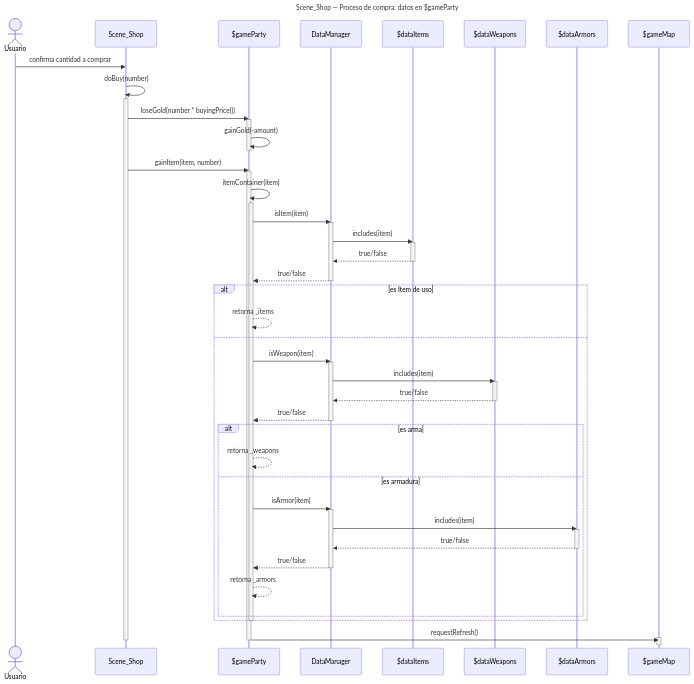
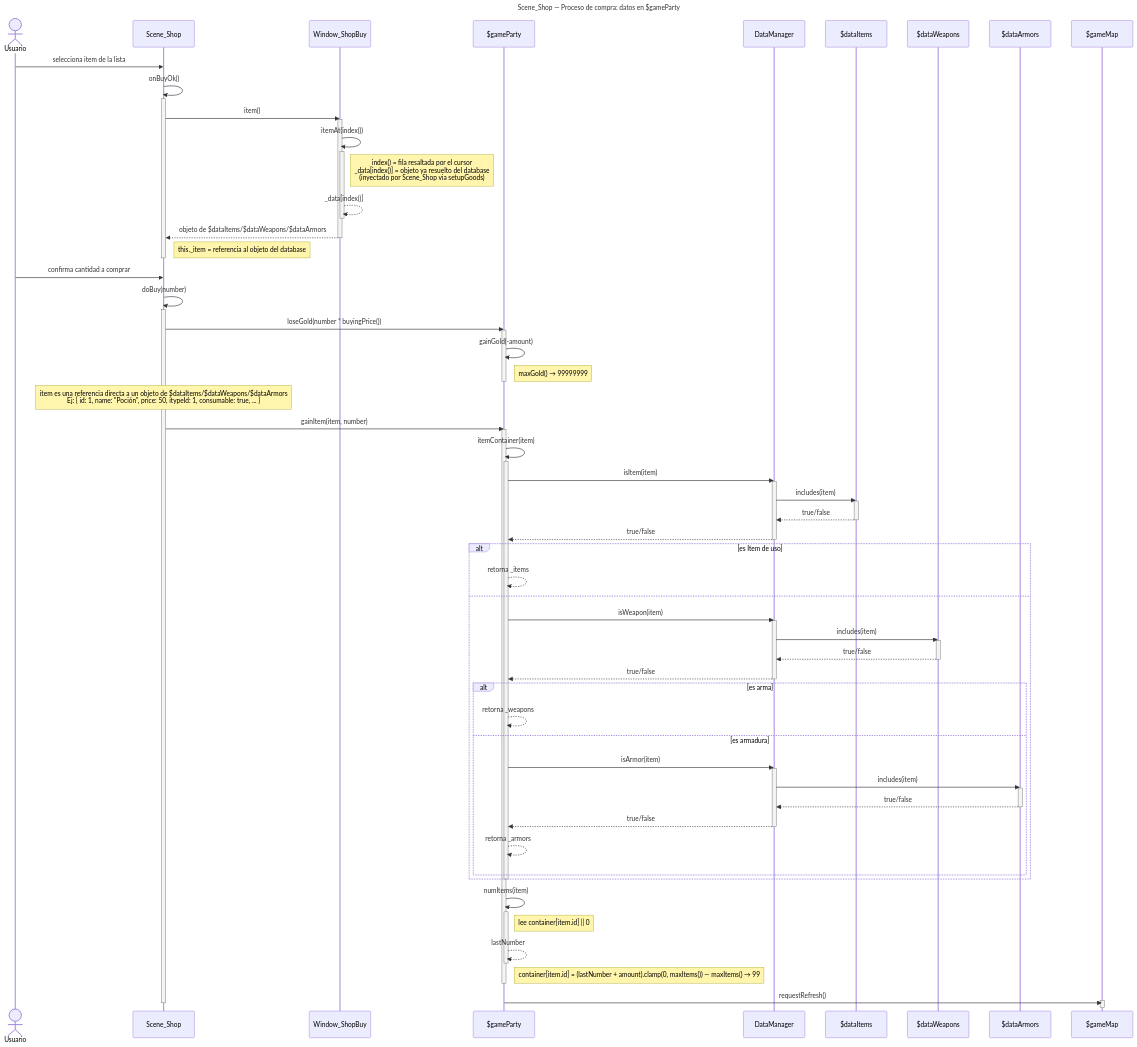
The diagram in sequence-diagrams/comprar-un-objeto.mmd (Cri-ParraC/rmmz-mermaid-diagrams), drawn with Mermaid before and after one commit.

Commit message:
Add detailed sequence diagram for Scene_Shop purchase process

```diff
--- a/sequence-diagrams/comprar-un-objeto.mmd
+++ b/sequence-diagrams/comprar-un-objeto.mmd
@@ -1,66 +1,92 @@
 sequenceDiagram
     title Scene_Shop — Proceso de compra: datos en $gameParty
 
     actor User as Usuario
     participant Scene as Scene_Shop
+    participant BuyWindow as Window_ShopBuy
     participant GameParty as $gameParty
     participant DataManager
     participant dataItems as $dataItems
     participant dataWeapons as $dataWeapons
     participant dataArmors as $dataArmors
     participant GameMap as $gameMap
+
+    User->>Scene: selecciona item de la lista
+    Scene->>Scene: onBuyOk()
+    activate Scene
+    Scene->>BuyWindow: item()
+    activate BuyWindow
+    BuyWindow->>BuyWindow: itemAt(index())
+    activate BuyWindow
+    Note right of BuyWindow: index() = fila resaltada por el cursor<br/>_data[index()] = objeto ya resuelto del database<br/>(inyectado por Scene_Shop via setupGoods)
+    BuyWindow-->>BuyWindow: _data[index()]
+    deactivate BuyWindow
+    BuyWindow-->>Scene: objeto de $dataItems/$dataWeapons/$dataArmors
+    deactivate BuyWindow
+    Note right of Scene: this._item = referencia al objeto del database
+    deactivate Scene
 
     User->>Scene: confirma cantidad a comprar
     Scene->>Scene: doBuy(number)
 
     activate Scene
     Scene->>GameParty: loseGold(number * buyingPrice())
     activate GameParty
     GameParty->>GameParty: gainGold(-amount)
+    Note right of GameParty: maxGold() → 99999999
     deactivate GameParty
 
+    Note over Scene: item es una referencia directa a un objeto de $dataItems/$dataWeapons/$dataArmors<br/>Ej: { id: 1, name: "Poción", price: 50, itypeId: 1, consumable: true, ... }
     Scene->>GameParty: gainItem(item, number)
     activate GameParty
 
     GameParty->>GameParty: itemContainer(item)
     activate GameParty
     GameParty->>DataManager: isItem(item)
     activate DataManager
     DataManager->>dataItems: includes(item)
     activate dataItems
     dataItems-->>DataManager: true/false
     deactivate dataItems
     DataManager-->>GameParty: true/false
     deactivate DataManager
     alt es Item de uso
         GameParty-->>GameParty: retorna _items
     else
         GameParty->>DataManager: isWeapon(item)
         activate DataManager
         DataManager->>dataWeapons: includes(item)
         activate dataWeapons
         dataWeapons-->>DataManager: true/false
         deactivate dataWeapons
         DataManager-->>GameParty: true/false
         deactivate DataManager
         alt es arma
             GameParty-->>GameParty: retorna _weapons
         else es armadura
             GameParty->>DataManager: isArmor(item)
             activate DataManager
             DataManager->>dataArmors: includes(item)
             activate dataArmors
             dataArmors-->>DataManager: true/false
             deactivate dataArmors
             DataManager-->>GameParty: true/false
             deactivate DataManager
             GameParty-->>GameParty: retorna _armors
         end
     end
     deactivate GameParty
 
+    GameParty->>GameParty: numItems(item)
+    activate GameParty
+    Note right of GameParty: lee container[item.id] || 0
+    GameParty-->>GameParty: lastNumber
+    deactivate GameParty
+
+    Note right of GameParty: container[item.id] = (lastNumber + amount).clamp(0, maxItems()) — maxItems() → 99
+    deactivate GameParty
+
     GameParty->>GameMap: requestRefresh()
     activate GameMap
     deactivate GameMap
-    deactivate GameParty
     deactivate Scene
```
